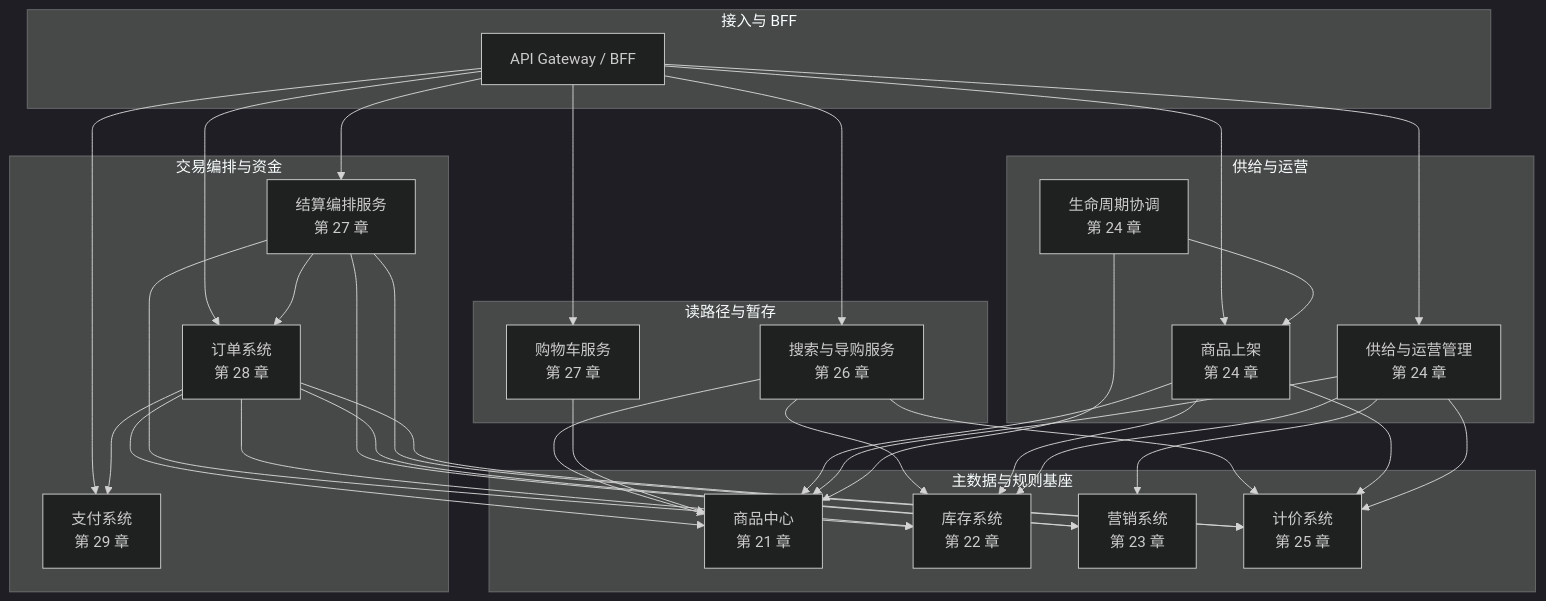
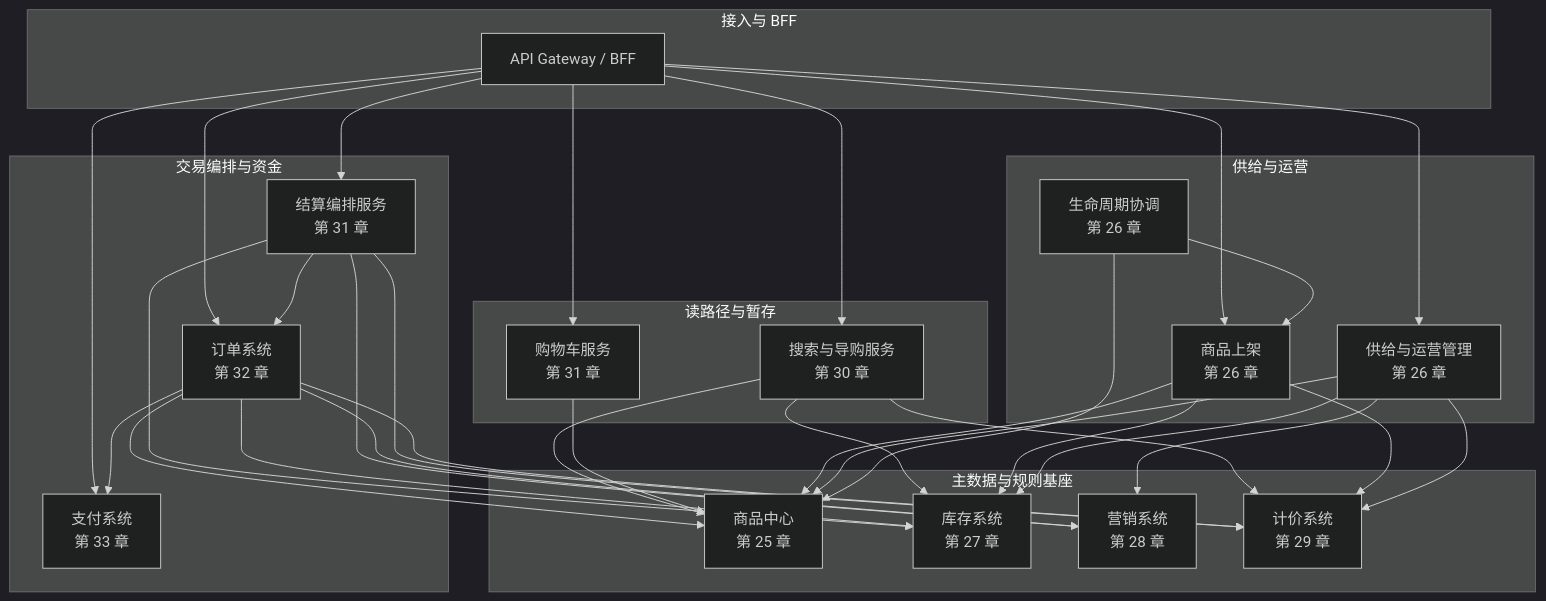
Before and after one commit to wxquare/wxquare.github.io: the third of 9 diagrams in books/system-design-architecture-book/src/part02/01-ecommerce-overview.md, drawn with Mermaid (dark theme). The commit also changed other lines of this file and 64 other files, not shown here.

````diff
--- a/books/system-design-architecture-book/src/part02/01-ecommerce-overview.md
+++ b/books/system-design-architecture-book/src/part02/01-ecommerce-overview.md
@@ -166,64 +166,64 @@
 ```mermaid
 flowchart TB
   subgraph L0["接入与 BFF"]
     GW[API Gateway / BFF]
   end
 
   subgraph L_read["读路径与暂存"]
-    SearchSvc["搜索与导购服务<br/>第 26 章"]
-    CartSvc["购物车服务<br/>第 27 章"]
+    SearchSvc["搜索与导购服务<br/>第 30 章"]
+    CartSvc["购物车服务<br/>第 31 章"]
   end
 
   subgraph L_data["主数据与规则基座"]
-    ProductSvc["商品中心<br/>第 21 章"]
-    InvSvc["库存系统<br/>第 22 章"]
-    MktSvc["营销系统<br/>第 23 章"]
-    PriceSvc["计价系统<br/>第 25 章"]
+    ProductSvc["商品中心<br/>第 25 章"]
+    InvSvc["库存系统<br/>第 27 章"]
+    MktSvc["营销系统<br/>第 28 章"]
+    PriceSvc["计价系统<br/>第 29 章"]
   end
 
   subgraph L_trade["交易编排与资金"]
-    CheckoutSvc["结算编排服务<br/>第 27 章"]
-    OrderSvc["订单系统<br/>第 28 章"]
-    PaySvc["支付系统<br/>第 29 章"]
+    CheckoutSvc["结算编排服务<br/>第 31 章"]
+    OrderSvc["订单系统<br/>第 32 章"]
+    PaySvc["支付系统<br/>第 33 章"]
   end
 
   subgraph L_supply["供给与运营"]
-    ListingSvc["商品上架<br/>第 24 章"]
-    OpsSvc["供给与运营管理<br/>第 24 章"]
-    LifeSvc["生命周期协调<br/>第 24 章"]
+    ListingSvc["商品上架<br/>第 26 章"]
+    OpsSvc["供给与运营管理<br/>第 26 章"]
+    LifeSvc["生命周期协调<br/>第 26 章"]
   end
 
   GW --> SearchSvc
   GW --> CartSvc
   GW --> CheckoutSvc
   GW --> OrderSvc
   GW --> PaySvc
   GW --> ListingSvc
   GW --> OpsSvc
 
   SearchSvc --> ProductSvc
   SearchSvc --> InvSvc
   SearchSvc --> PriceSvc
   CartSvc --> ProductSvc
 
   CheckoutSvc --> PriceSvc
   CheckoutSvc --> InvSvc
   CheckoutSvc --> MktSvc
   CheckoutSvc --> OrderSvc
 
   OrderSvc --> ProductSvc
   OrderSvc --> InvSvc
   OrderSvc --> MktSvc
   OrderSvc --> PriceSvc
   OrderSvc --> PaySvc
 
   ListingSvc --> ProductSvc
   ListingSvc --> InvSvc
   ListingSvc --> PriceSvc
   OpsSvc --> ProductSvc
   OpsSvc --> InvSvc
   OpsSvc --> MktSvc
   OpsSvc --> PriceSvc
   LifeSvc --> ProductSvc
   LifeSvc --> ListingSvc
 ```
````
